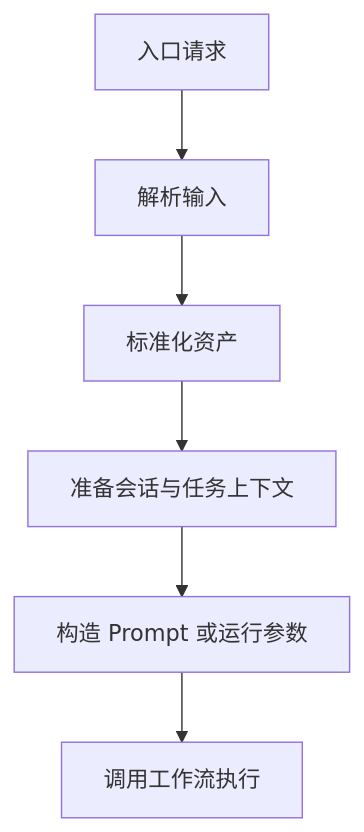
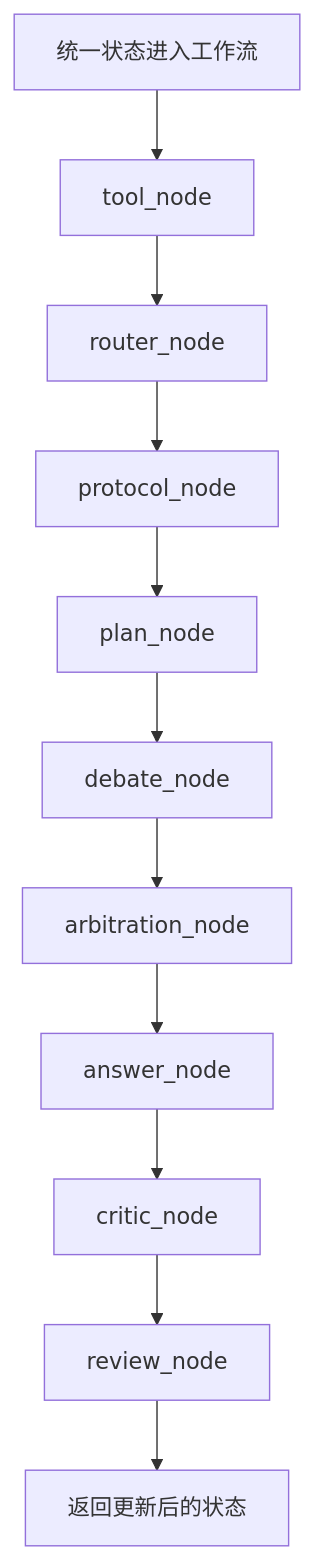
The first of 5 diagrams in docs/enterprise/详细设计说明书.md (yeqiana/AgentOps), drawn with Mermaid before and after one commit. The commit also changed other lines of this file and 22 other files, not shown here.

````diff
--- a/docs/enterprise/详细设计说明书.md
+++ b/docs/enterprise/详细设计说明书.md
@@ -60,8 +337,13 @@
 ```mermaid
 flowchart TD
-    A[入口请求] --> B[解析输入]
-    B --> C[标准化资产]
-    C --> D[准备会话与任务上下文]
-    D --> E[构造 Prompt 或运行参数]
-    E --> F[调用工作流执行]
+    A[统一状态进入工作流] --> B[tool_node]
+    B --> C[router_node]
+    C --> D[protocol_node]
+    D --> E[plan_node]
+    E --> F[debate_node]
+    F --> G[arbitration_node]
+    G --> H[answer_node]
+    H --> I[critic_node]
+    I --> J[review_node]
+    J --> K[返回更新后的状态]
 ```
````
